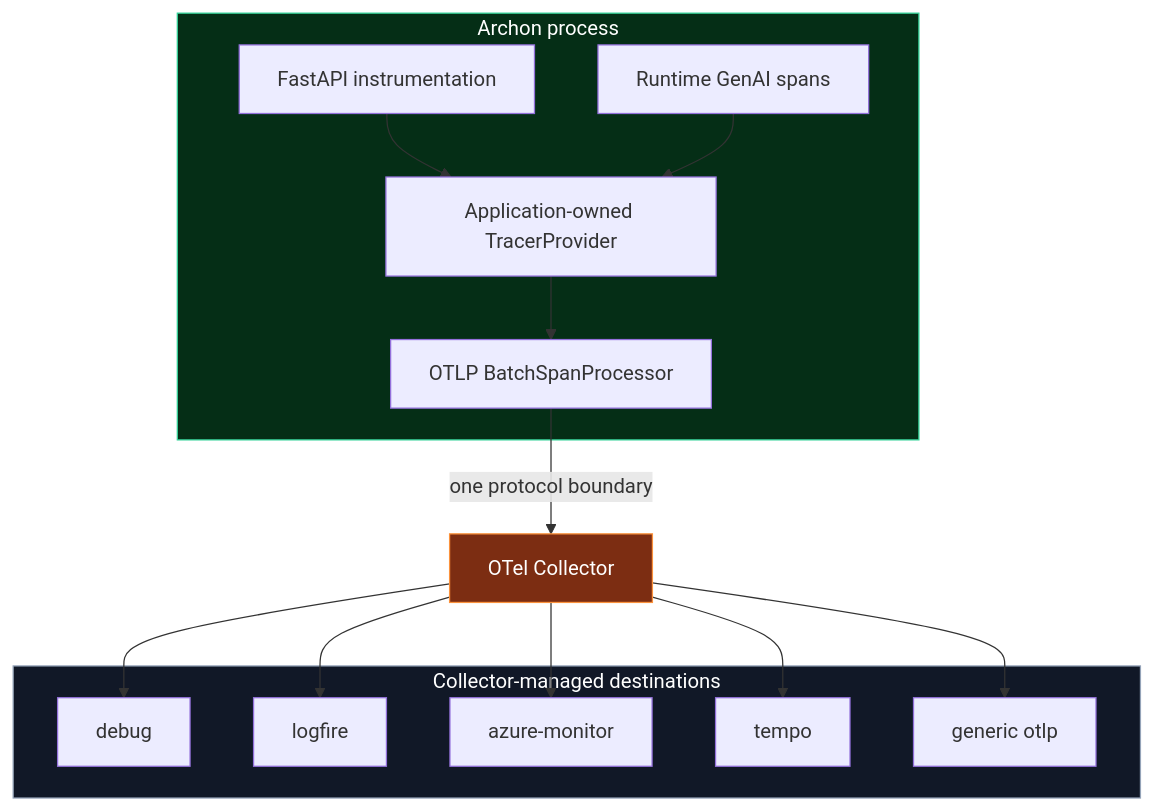
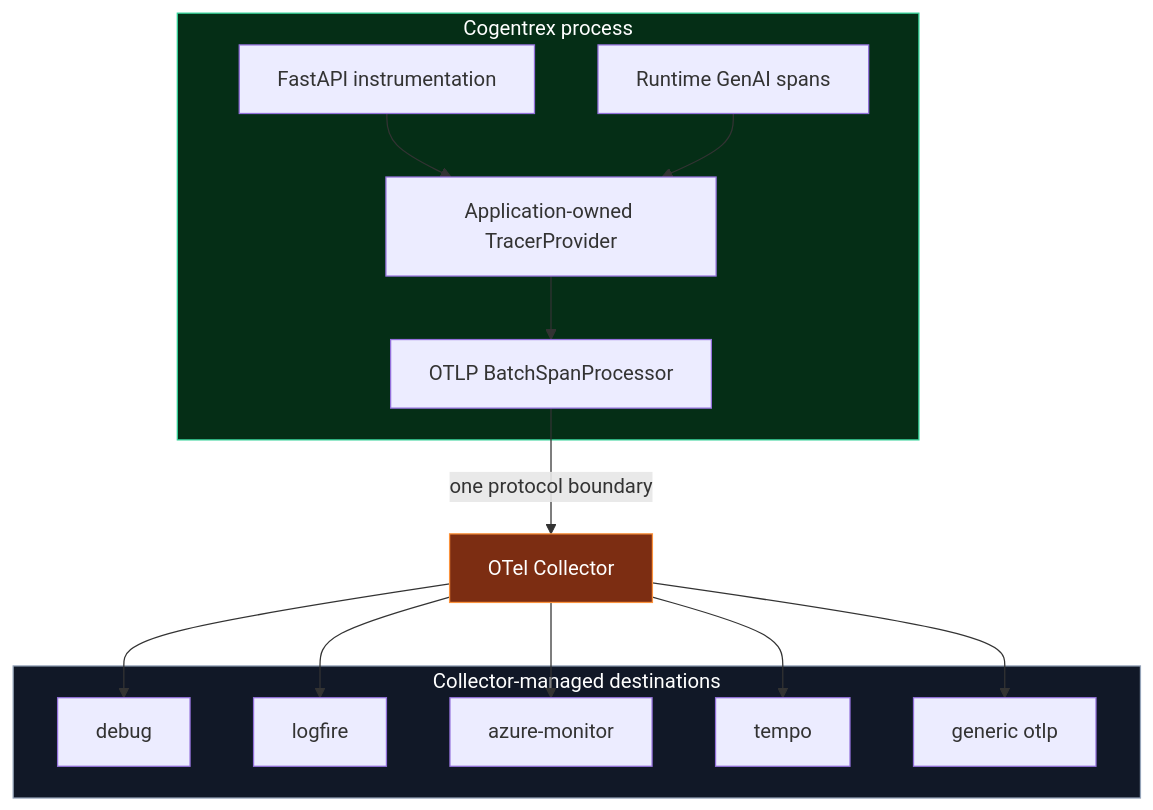
The third of 9 diagrams in .hermes/plans/2026-09-07_145149-vendor-neutral-otel-destination-switching.md (levalencia/archon), drawn with Mermaid before and after one commit. The commit also changed other lines of this file and 414 other files, not shown here.

First line of the commit message:
feat: rebrand Archon as Cogentrex

````diff
--- a/.hermes/plans/2026-09-07_145149-vendor-neutral-otel-destination-switching.md
+++ b/.hermes/plans/2026-09-07_145149-vendor-neutral-otel-destination-switching.md
@@ -155,32 +155,32 @@
 ```mermaid
 flowchart TB
-    subgraph Application[Archon process]
+    subgraph Application[Cogentrex process]
         I[FastAPI instrumentation]
         R[Runtime GenAI spans]
         P[Application-owned TracerProvider]
         O[OTLP BatchSpanProcessor]
         I --> P
         R --> P
         P --> O
     end
 
     O -->|one protocol boundary| C[OTel Collector]
 
     subgraph Destinations[Collector-managed destinations]
         D[debug]
         L[logfire]
         A[azure-monitor]
         T[tempo]
         G[generic otlp]
     end
 
     C --> D
     C --> L
     C --> A
     C --> T
     C --> G
 
     style Application fill:#052e16,stroke:#34d399,color:#fff
     style C fill:#7c2d12,stroke:#fb923c,color:#fff
     style Destinations fill:#111827,stroke:#94a3b8,color:#fff
 ```
````
